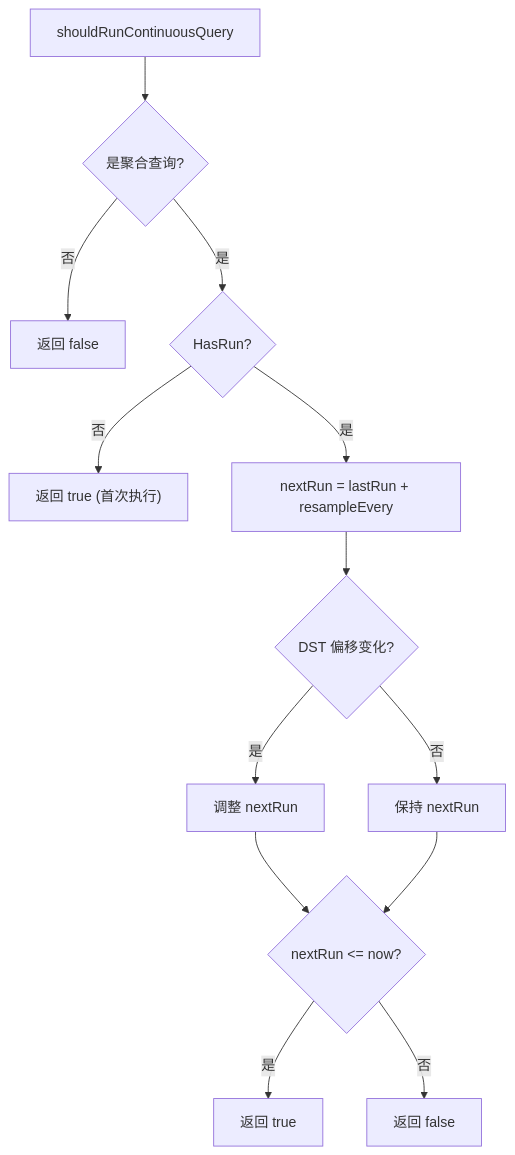
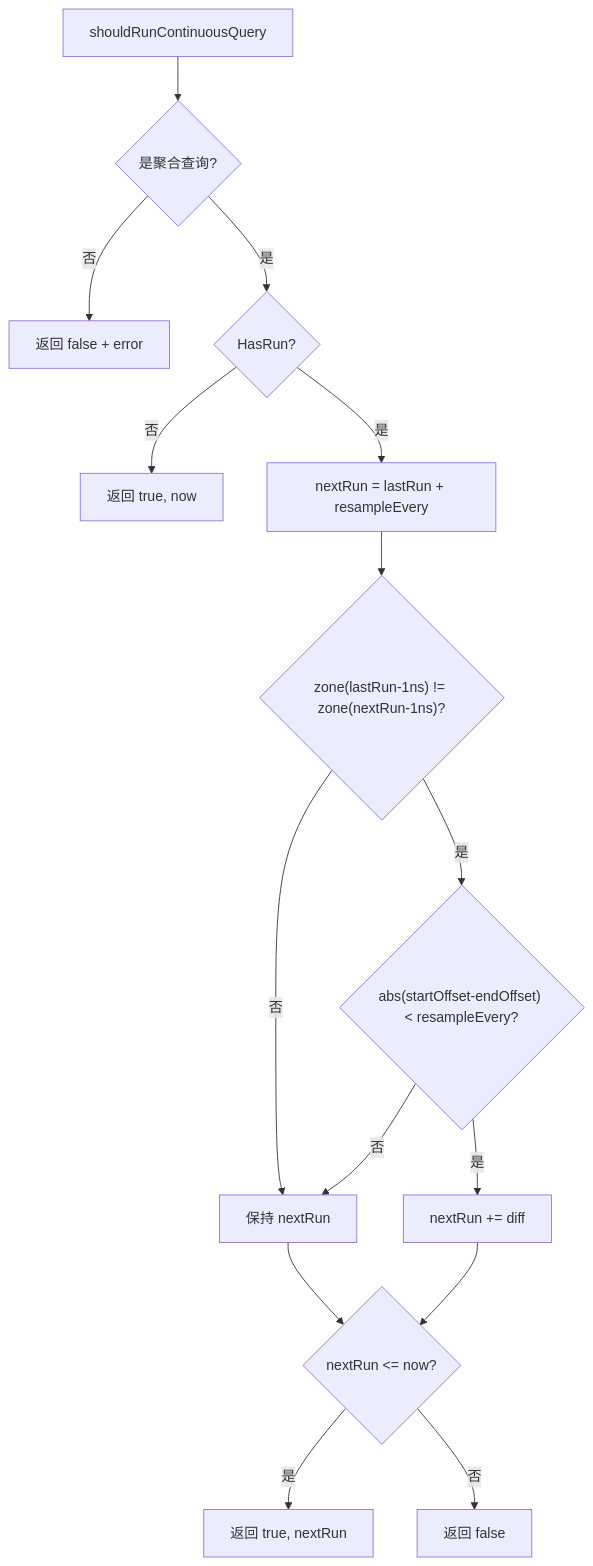
One commit to stefanv5/influxdb changed the second of 16 diagrams in docs/specs/05_downsampling_spec.md. Above: the diagram before and after it, drawn with Mermaid. The commit also changed other lines of this file and 16 other files, not shown here.

First line of the commit message:
docs: correct and deepen the 17 architecture specs

````diff
--- a/docs/specs/05_downsampling_spec.md
+++ b/docs/specs/05_downsampling_spec.md
@@ -327,15 +336,17 @@
 ```mermaid
 flowchart TD
     A["shouldRunContinuousQuery"] --> B{"是聚合查询?"}
-    B -->|"否"| C["返回 false"]
+    B -->|"否"| C["返回 false + error"]
     B -->|"是"| D{"HasRun?"}
-    D -->|"否"| E["返回 true (首次执行)"]
+    D -->|"否"| E["返回 true, now"]
     D -->|"是"| F["nextRun = lastRun + resampleEvery"]
-    F --> G{"DST 偏移变化?"}
-    G -->|"是"| H["调整 nextRun"]
-    G -->|"否"| I["保持 nextRun"]
-    H --> J{"nextRun <= now?"}
-    I --> J
-    J -->|"是"| K["返回 true"]
-    J -->|"否"| L["返回 false"]
+    F --> G{"zone(lastRun-1ns) != zone(nextRun-1ns)?"}
+    G -->|"否"| H["保持 nextRun"]
+    G -->|"是"| I{"abs(startOffset-endOffset) < resampleEvery?"}
+    I -->|"是"| J["nextRun += diff"]
+    I -->|"否"| H
+    H --> K{"nextRun <= now?"}
+    J --> K
+    K -->|"是"| L["返回 true, nextRun"]
+    K -->|"否"| M["返回 false"]
 ```
````
